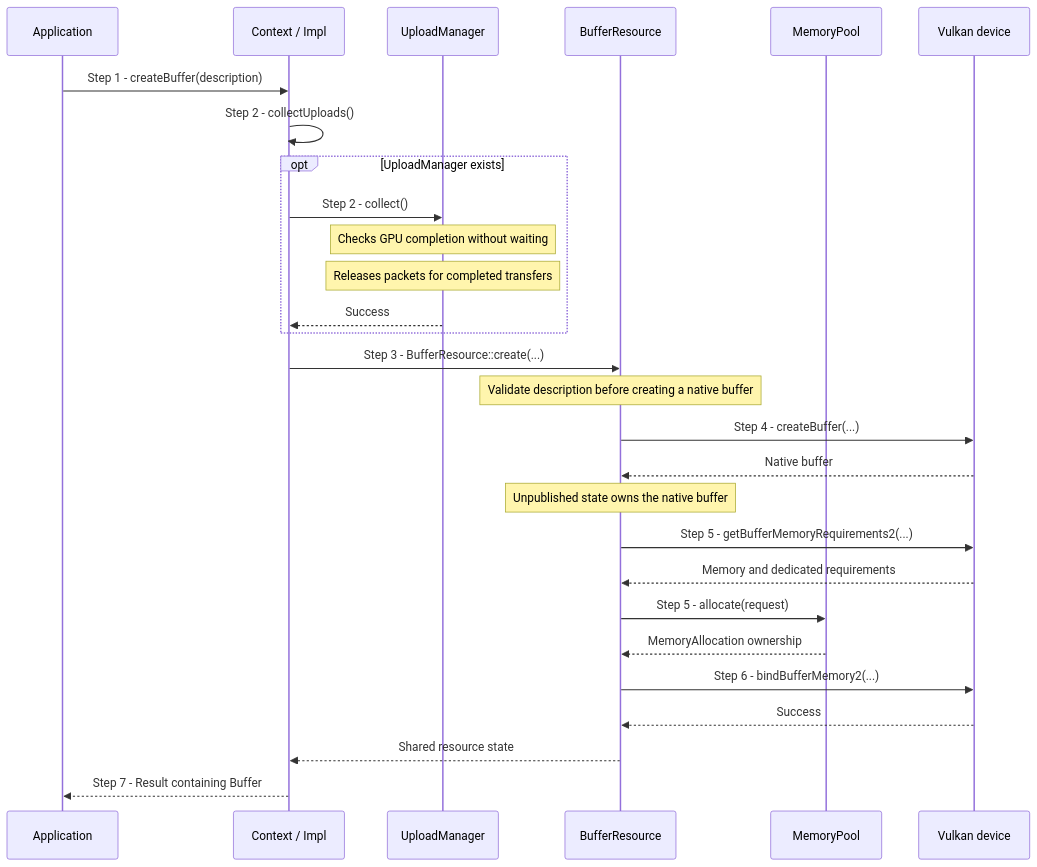
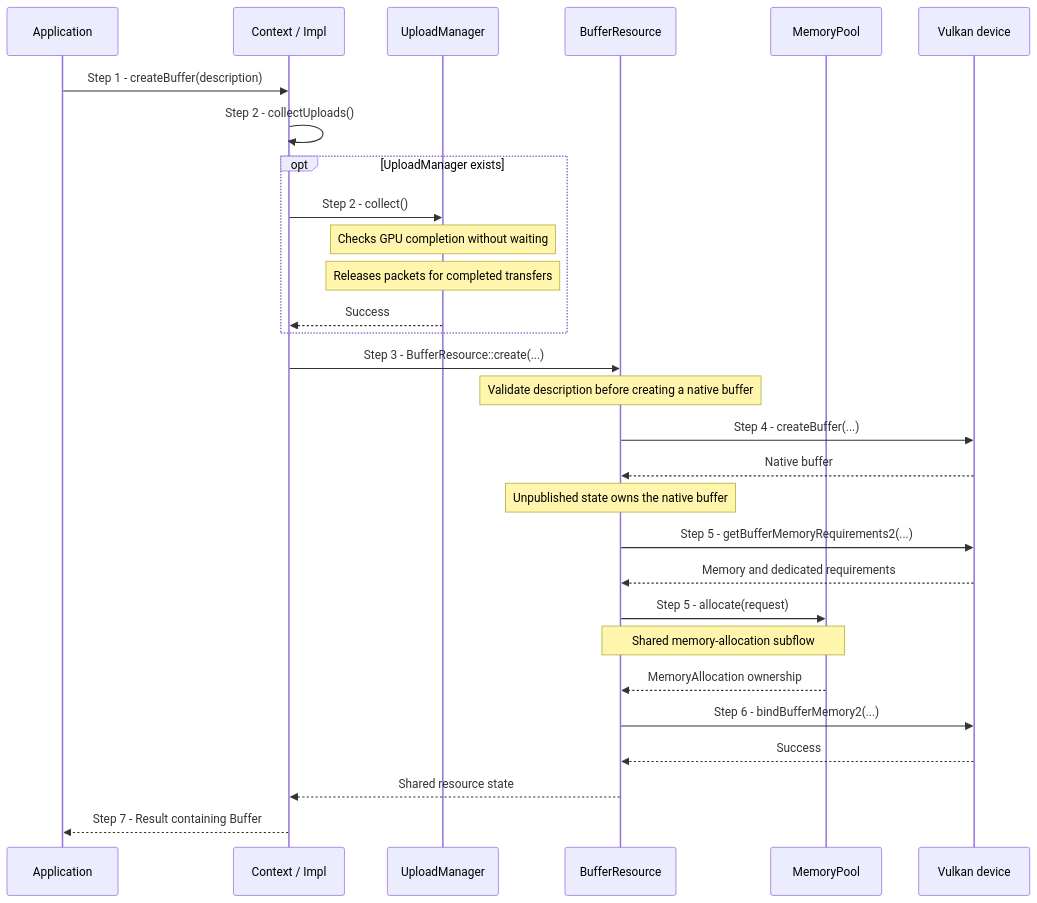
One commit to a-soltysik/Panda changed the first of 3 diagrams in docs/use-cases/create-buffer.md. Above: the diagram before and after it, drawn with Mermaid. The commit also changed other lines of this file and 5 other files, not shown here.

Commit message:
Document texture, mesh, and memory allocation flows (#81)

````diff
--- a/docs/use-cases/create-buffer.md
+++ b/docs/use-cases/create-buffer.md
@@ -63,30 +54,31 @@
 ```mermaid
 sequenceDiagram
     participant A as Application
     participant C as Context / Impl
     participant U as UploadManager
     participant R as BufferResource
     participant P as MemoryPool
     participant V as Vulkan device
     A ->> C: Step 1 - createBuffer(description)
     C ->> C: Step 2 - collectUploads()
     opt UploadManager exists
         C ->> U: Step 2 - collect()
         Note over U: Checks GPU completion without waiting
         Note over U: Releases packets for completed transfers
         U -->> C: Success
     end
     C ->> R: Step 3 - BufferResource::create(...)
     Note over R: Validate description before creating a native buffer
     R ->> V: Step 4 - createBuffer(...)
     V -->> R: Native buffer
     Note over R: Unpublished state owns the native buffer
     R ->> V: Step 5 - getBufferMemoryRequirements2(...)
     V -->> R: Memory and dedicated requirements
     R ->> P: Step 5 - allocate(request)
+    Note over R,P: Shared memory-allocation subflow
     P -->> R: MemoryAllocation ownership
     R ->> V: Step 6 - bindBufferMemory2(...)
     V -->> R: Success
     R -->> C: Shared resource state
     C -->> A: Step 7 - Result containing Buffer
 ```
````
